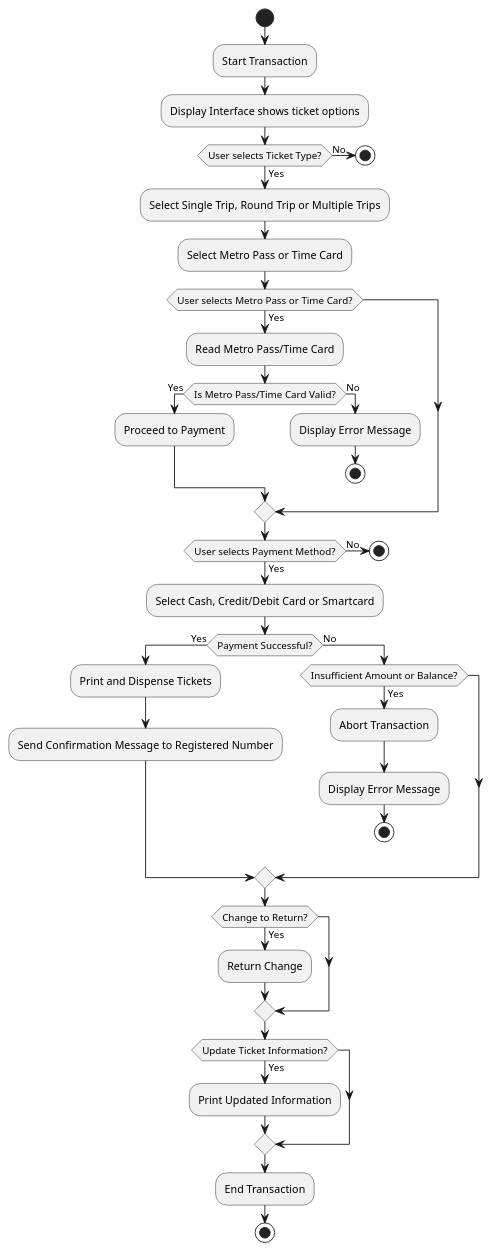
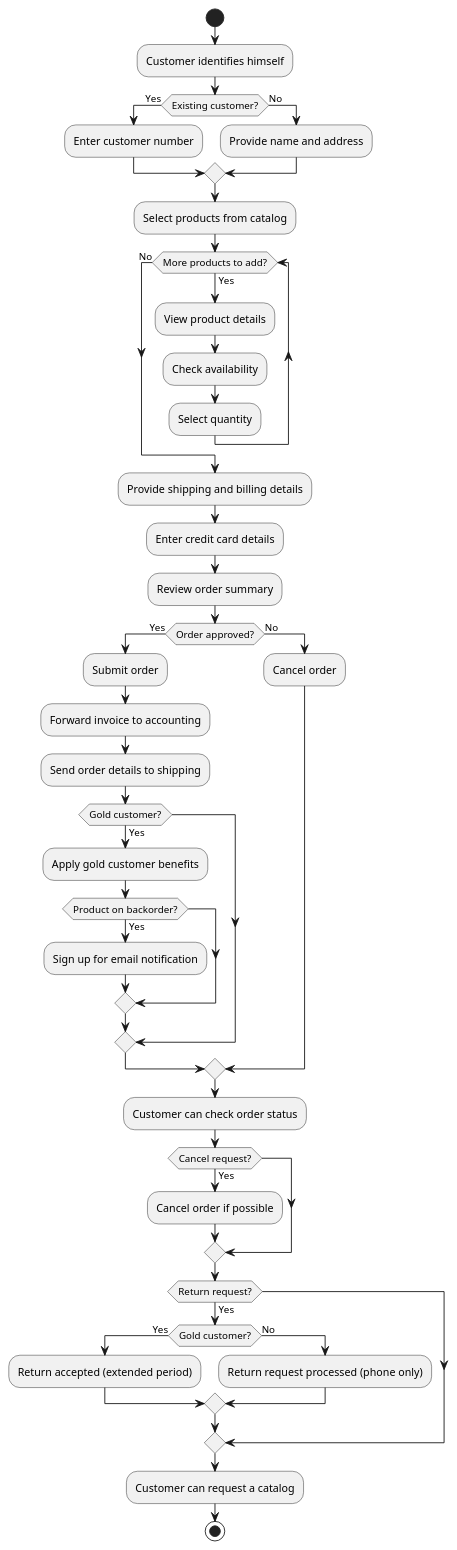
One commit to vrajkmrpatel/minor-project changed the diagram in LANGCHAIN/activityDiagram/example.puml. Above: the diagram before and after it, drawn with PlantUML. The commit also changed 53 other files, not shown here.

```diff
--- a/LANGCHAIN/activityDiagram/example.puml
+++ b/LANGCHAIN/activityDiagram/example.puml
@@ -1,51 +1,54 @@
 @startuml
+
 start
 
-:Start Transaction;
-:Display Interface shows ticket options;
-
-if (User selects Ticket Type?) then (Yes)
-    :Select Single Trip, Round Trip or Multiple Trips;
-    :Select Metro Pass or Time Card;
+:Customer identifies himself;
+if (Existing customer?) then (Yes)
+    :Enter customer number;
 else (No)
-    stop
+    :Provide name and address;
 endif
 
-if (User selects Metro Pass or Time Card?) then (Yes)
-    :Read Metro Pass/Time Card;
-    if (Is Metro Pass/Time Card Valid?) then (Yes)
-        :Proceed to Payment;
+:Select products from catalog;
+while (More products to add?) is (Yes)
+    :View product details;
+    :Check availability;
+    :Select quantity;
+endwhile (No)
+
+:Provide shipping and billing details;
+:Enter credit card details;
+:Review order summary;
+
+if (Order approved?) then (Yes)
+    :Submit order;
+    :Forward invoice to accounting;
+    :Send order details to shipping;
+    if (Gold customer?) then (Yes)
+        :Apply gold customer benefits;
+        if (Product on backorder?) then (Yes)
+            :Sign up for email notification;
+        endif
+    endif
+else (No)
+    :Cancel order;
+endif
+
+:Customer can check order status;
+if (Cancel request?) then (Yes)
+    :Cancel order if possible;
+endif
+
+if (Return request?) then (Yes)
+    if (Gold customer?) then (Yes)
+        :Return accepted (extended period);
     else (No)
-        :Display Error Message;
-        stop
+        :Return request processed (phone only);
     endif
 endif
 
-if (User selects Payment Method?) then (Yes)
-    :Select Cash, Credit/Debit Card or Smartcard;
-else (No)
-    stop
-endif
+:Customer can request a catalog;
 
-if (Payment Successful?) then (Yes)
-    :Print and Dispense Tickets;
-    :Send Confirmation Message to Registered Number;
-else (No)
-    if (Insufficient Amount or Balance?) then (Yes)
-        :Abort Transaction;
-        :Display Error Message;
-        stop
-    endif
-endif
+stop
 
-if (Change to Return?) then (Yes)
-    :Return Change;
-endif
-
-if (Update Ticket Information?) then (Yes)
-    :Print Updated Information;
-endif
-
-:End Transaction;
-stop
 @enduml
```
